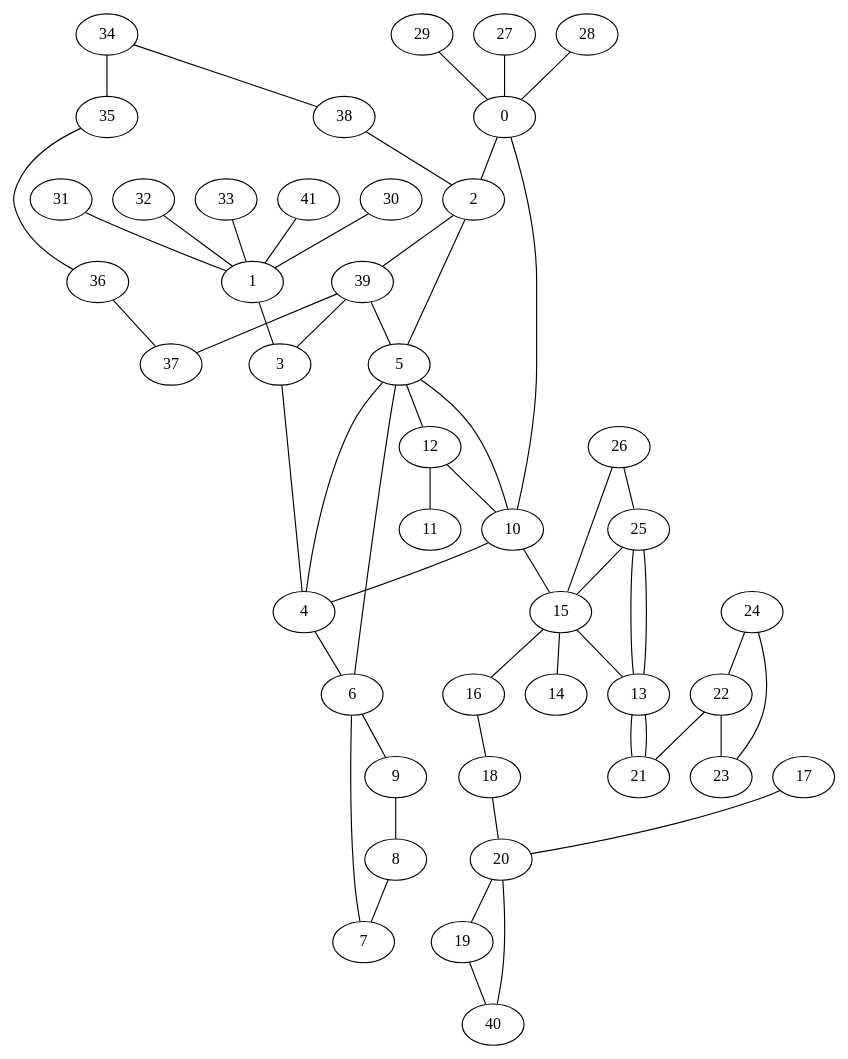
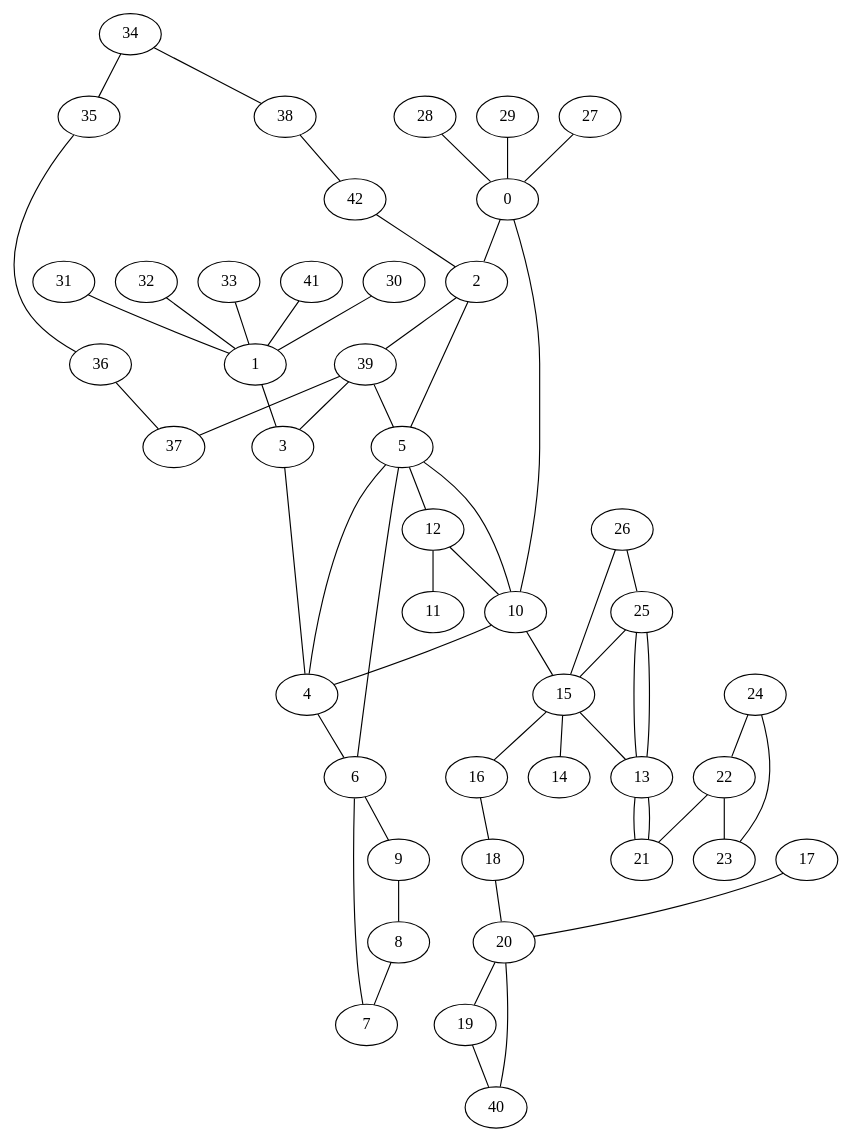
The diagram in se306_project1/test.dot (harrietrc/se306-project1), drawn with Graphviz before and after one commit. The commit also changed 1 other file, not shown here.

```diff
--- a/se306_project1/test.dot
+++ b/se306_project1/test.dot
@@ -1,99 +1,101 @@
 graph G {
 0;
 1;
 2;
 3;
 4;
 5;
 6;
 7;
 8;
 9;
 10;
 11;
 12;
 13;
 14;
 15;
 16;
 17;
 18;
 19;
 20;
 21;
 22;
 23;
 24;
 25;
 26;
 27;
 28;
 29;
 30;
 31;
 32;
 33;
 34;
 35;
 36;
 37;
 38;
 39;
 40;
 41;
+42;
 0--2 ;
 1--3 ;
 2--5 ;
 3--4 ;
 5--6 ;
 4--6 ;
 6--9 ;
 9--8 ;
 8--7 ;
 7--6 ;
 4--5 ;
 5--12 ;
 12--11 ;
 12--10 ;
 5--10 ;
 10--15 ;
 15--16 ;
 15--14 ;
 15--13 ;
 16--18 ;
 18--20 ;
 17--20 ;
 20--19 ;
 13--21 ;
 22--23 ;
 24--22 ;
 27--0 ;
 28--0 ;
 29--0 ;
 31--1 ;
 32--1 ;
 33--1 ;
 30--1 ;
 22--21 ;
 25--15 ;
 26--15 ;
 24--23 ;
 10--4 ;
 25--13 ;
 25--13 ;
 26--25 ;
 21--13 ;
 0--10 ;
 34--35 ;
 35--36 ;
 36--37 ;
 34--38 ;
-38--2 ;
+38--42 ;
 2--39 ;
 39--3 ;
 39--5 ;
 39--37 ;
 19--40 ;
 40--20 ;
 41--1 ;
+42--2 ;
 }
```
